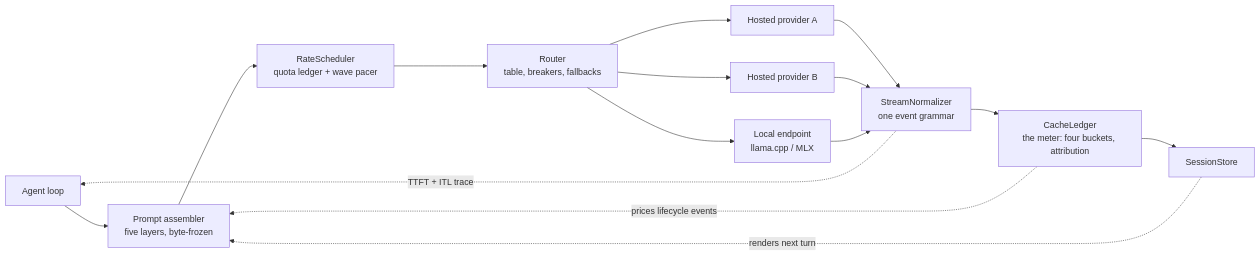
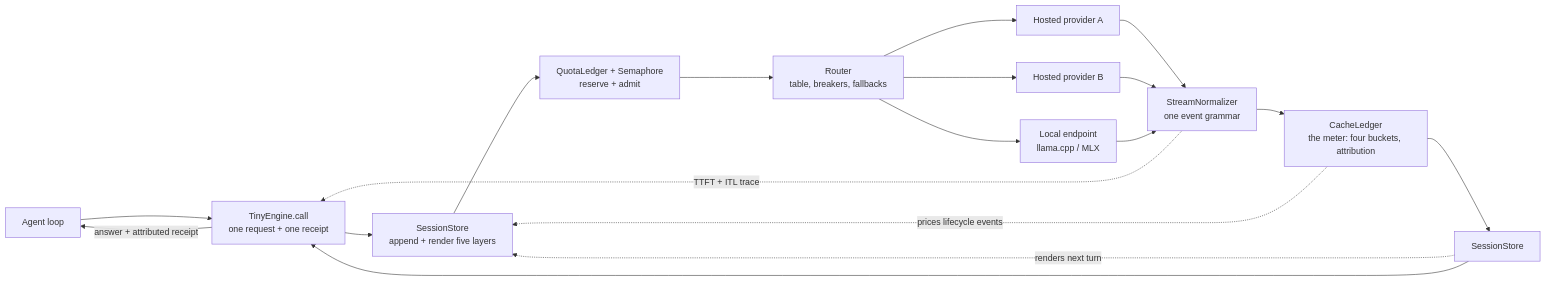
The diagram in manuscript/18-your-own-engine-room.md (arbazkhan971/inference-engineering-book), drawn with Mermaid before and after one commit. The commit also changed other lines of this file and 43 other files, not shown here.

````diff
--- a/manuscript/18-your-own-engine-room.md
+++ b/manuscript/18-your-own-engine-room.md
@@ -47,17 +47,20 @@
 ```mermaid
 graph LR
-    A[Agent loop] --> B[Prompt assembler<br/>five layers, byte-frozen]
-    B --> C[RateScheduler<br/>quota ledger + wave pacer]
+    A[Agent loop] --> X[TinyEngine.call<br/>one request + one receipt]
+    X --> B[SessionStore<br/>append + render five layers]
+    B --> C[QuotaLedger + Semaphore<br/>reserve + admit]
     C --> D[Router<br/>table, breakers, fallbacks]
     D --> E1[Hosted provider A]
     D --> E2[Hosted provider B]
     D --> E3[Local endpoint<br/>llama.cpp / MLX]
     E1 --> F[StreamNormalizer<br/>one event grammar]
     E2 --> F
     E3 --> F
     F --> G[CacheLedger<br/>the meter: four buckets, attribution]
     G --> I[SessionStore]
-    F -.->|TTFT + ITL trace| A
+    F -.->|TTFT + ITL trace| X
     G -.->|prices lifecycle events| B
     I -.->|renders next turn| B
+    I --> X
+    X -->|answer + attributed receipt| A
 ```
````
